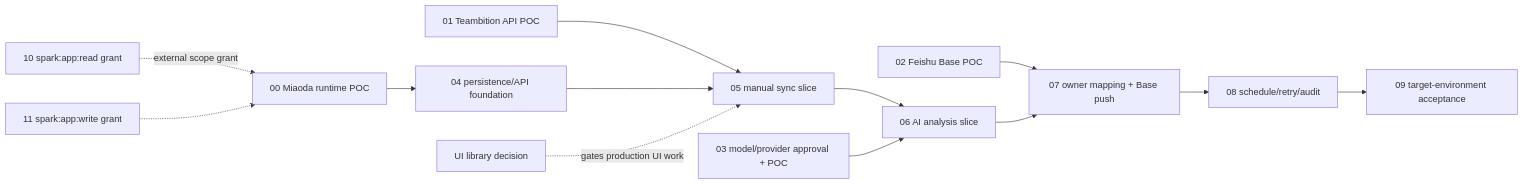
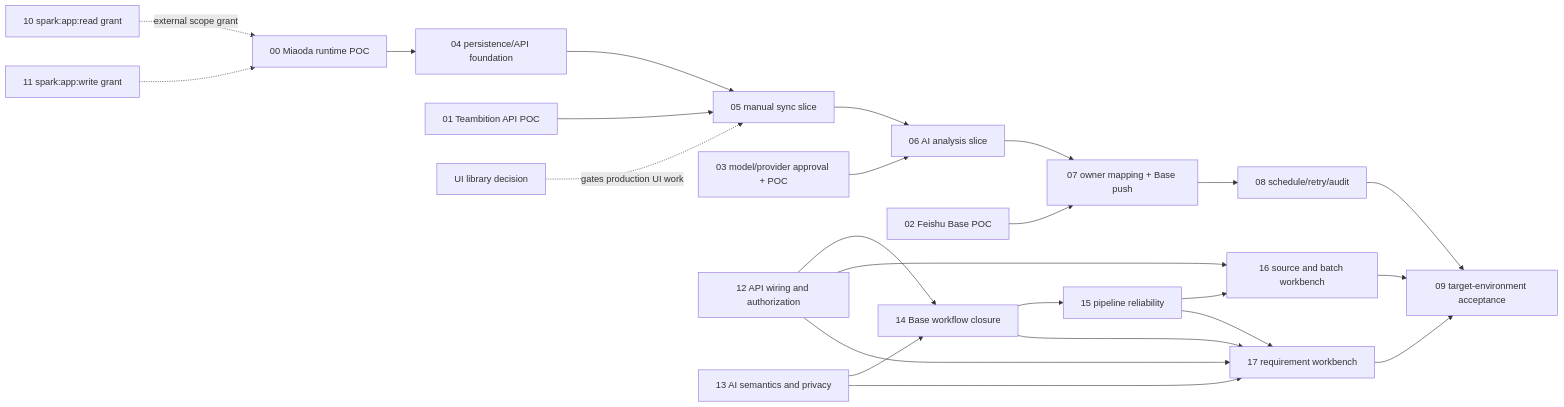
The diagram in .scratch/rq-sys-mvp/issues/README.md (jiahao89/magene-rqsys), drawn with Mermaid before and after one commit. The commit also changed other lines of this file and 8 other files, not shown here.

````diff
--- a/.scratch/rq-sys-mvp/issues/README.md
+++ b/.scratch/rq-sys-mvp/issues/README.md
@@ -11,15 +13,28 @@
 ```mermaid
 flowchart LR
   P10[10 spark:app:read grant] -. external scope grant .-> P0[00 Miaoda runtime POC]
   P11[11 spark:app:write grant] -.-> P0
   P0 --> T04[04 persistence/API foundation]
   P1[01 Teambition API POC] --> T05[05 manual sync slice]
   T04 --> T05
   T05 --> T06[06 AI analysis slice]
   P3[03 model/provider approval + POC] --> T06
   P2[02 Feishu Base POC] --> T07[07 owner mapping + Base push]
   T06 --> T07
   T07 --> T08[08 schedule/retry/audit]
+  T12[12 API wiring and authorization]
+  T13[13 AI semantics and privacy]
+  T12 --> T14[14 Base workflow closure]
+  T13 --> T14
+  T14 --> T15[15 pipeline reliability]
+  T12 --> T16[16 source and batch workbench]
+  T15 --> T16
+  T12 --> T17[17 requirement workbench]
+  T13 --> T17
+  T14 --> T17
+  T15 --> T17
   T08 --> T09[09 target-environment acceptance]
+  T16 --> T09
+  T17 --> T09
   D08[UI library decision] -. gates production UI work .-> T05
 ```
````
